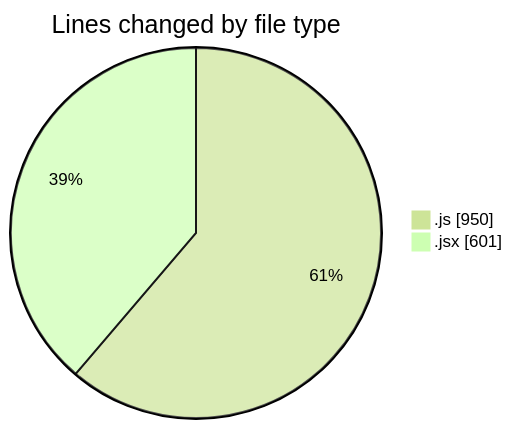
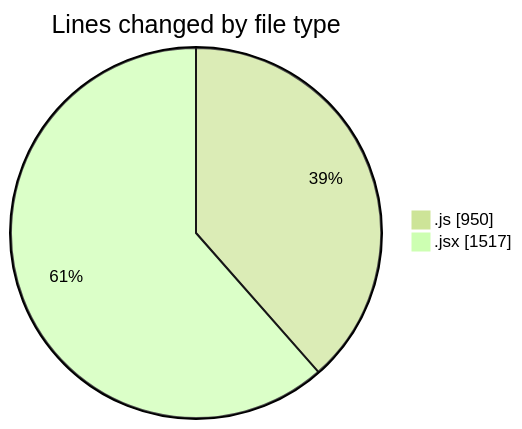
The first of 2 diagrams in 2025-08-07/nxtqube_webapp/README.md (nxtqubesakshisongat/code-tracking), drawn with Mermaid (forest theme) before and after one commit. The commit also changed other lines of this file and 1 other file, not shown here.

````diff
--- a/2025-08-07/nxtqube_webapp/README.md
+++ b/2025-08-07/nxtqube_webapp/README.md
@@ -23,6 +24,6 @@
 ```mermaid
 pie showData
 title Lines changed by file type
 ".js" : 950
-".jsx" : 601
+".jsx" : 1517
 ```
````
